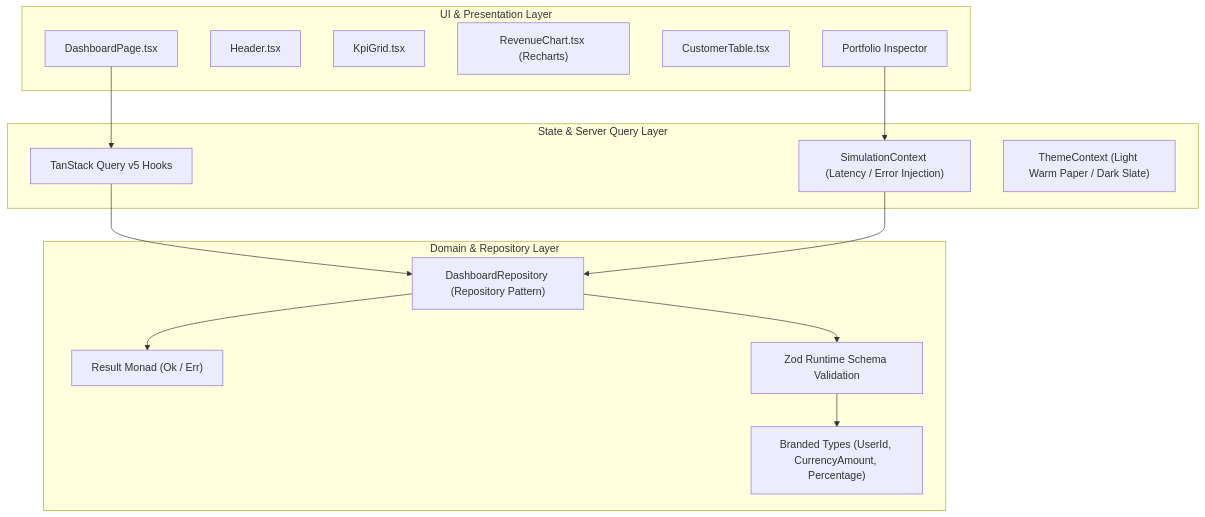
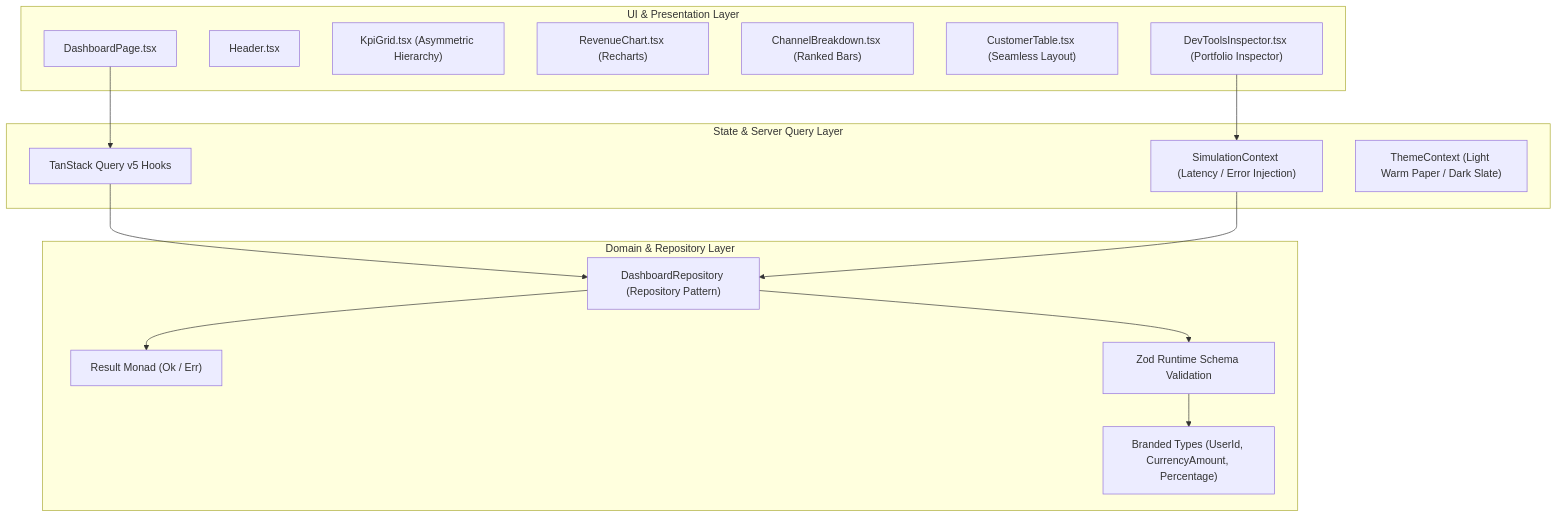
The diagram in README.md (nadiaescobbb/flowboard-ui), drawn with Mermaid before and after one commit. The commit also changed other lines of this file, not shown here.

````diff
--- a/README.md
+++ b/README.md
@@ -23,32 +36,33 @@
 ```mermaid
 flowchart TD
     subgraph UI Layer ["UI & Presentation Layer"]
       DashboardPage["DashboardPage.tsx"]
       Header["Header.tsx"]
-      KpiGrid["KpiGrid.tsx"]
+      KpiGrid["KpiGrid.tsx (Asymmetric Hierarchy)"]
       RevenueChart["RevenueChart.tsx (Recharts)"]
-      CustomerTable["CustomerTable.tsx"]
-      DevToolsInspector["Portfolio Inspector"]
+      ChannelBreakdown["ChannelBreakdown.tsx (Ranked Bars)"]
+      CustomerTable["CustomerTable.tsx (Seamless Layout)"]
+      DevToolsInspector["DevToolsInspector.tsx (Portfolio Inspector)"]
     end
 
     subgraph StateLayer ["State & Server Query Layer"]
       TQ["TanStack Query v5 Hooks"]
       SimCtx["SimulationContext (Latency / Error Injection)"]
       ThemeCtx["ThemeContext (Light Warm Paper / Dark Slate)"]
     end
 
     subgraph DomainLayer ["Domain & Repository Layer"]
       Repo["DashboardRepository (Repository Pattern)"]
       ResultMonad["Result Monad (Ok / Err)"]
       ZodValidation["Zod Runtime Schema Validation"]
       BrandedTypes["Branded Types (UserId, CurrencyAmount, Percentage)"]
     end
 
     DashboardPage --> TQ
     TQ --> Repo
     Repo --> ResultMonad
     Repo --> ZodValidation
     ZodValidation --> BrandedTypes
     DevToolsInspector --> SimCtx
     SimCtx --> Repo
 ```
````
